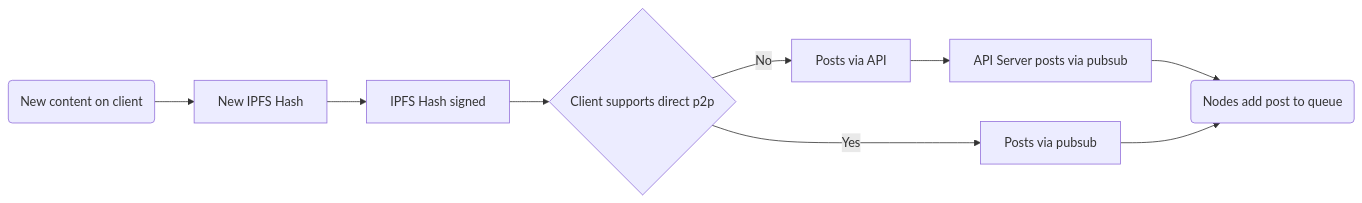
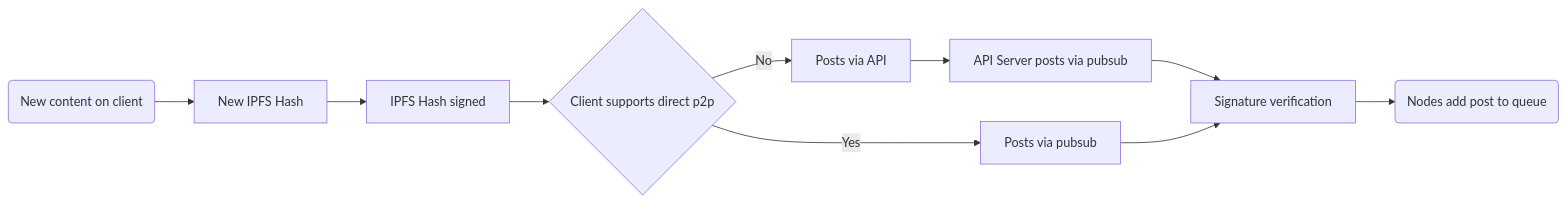
One commit to aleph-im/aleph-whitepaper changed the first of 2 diagrams in chapters/03-specification.md. Above: the diagram before and after it, drawn with Mermaid. The commit also changed other lines of this file and 1 other file, not shown here.

````diff
--- a/chapters/03-specification.md
+++ b/chapters/03-specification.md
@@ -54,11 +54,13 @@
 ```mermaid
 graph LR
+    linkStyle default interpolate basis
     A(New content on client) --> B[New IPFS Hash]
     B --> C[IPFS Hash signed]
     C --> D{Client supports direct p2p}
     D -- Yes --> E1[Posts via pubsub]
     D -- No --> E2[Posts via API]
     E2 --> E3[API Server posts via pubsub]
-    E3 --> F(Nodes add post to queue)
+    E3 --> F[Signature verification]
     E1 --> F
+    F --> E(Nodes add post to queue)
 ```
````
